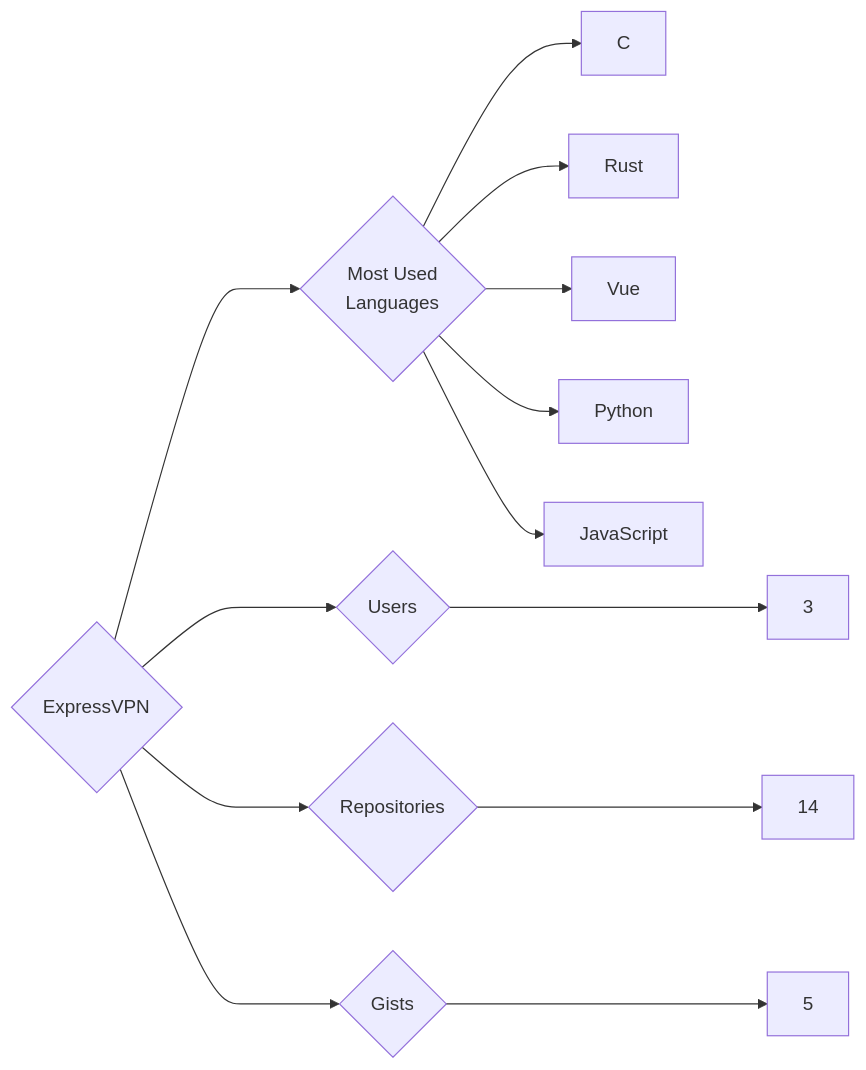
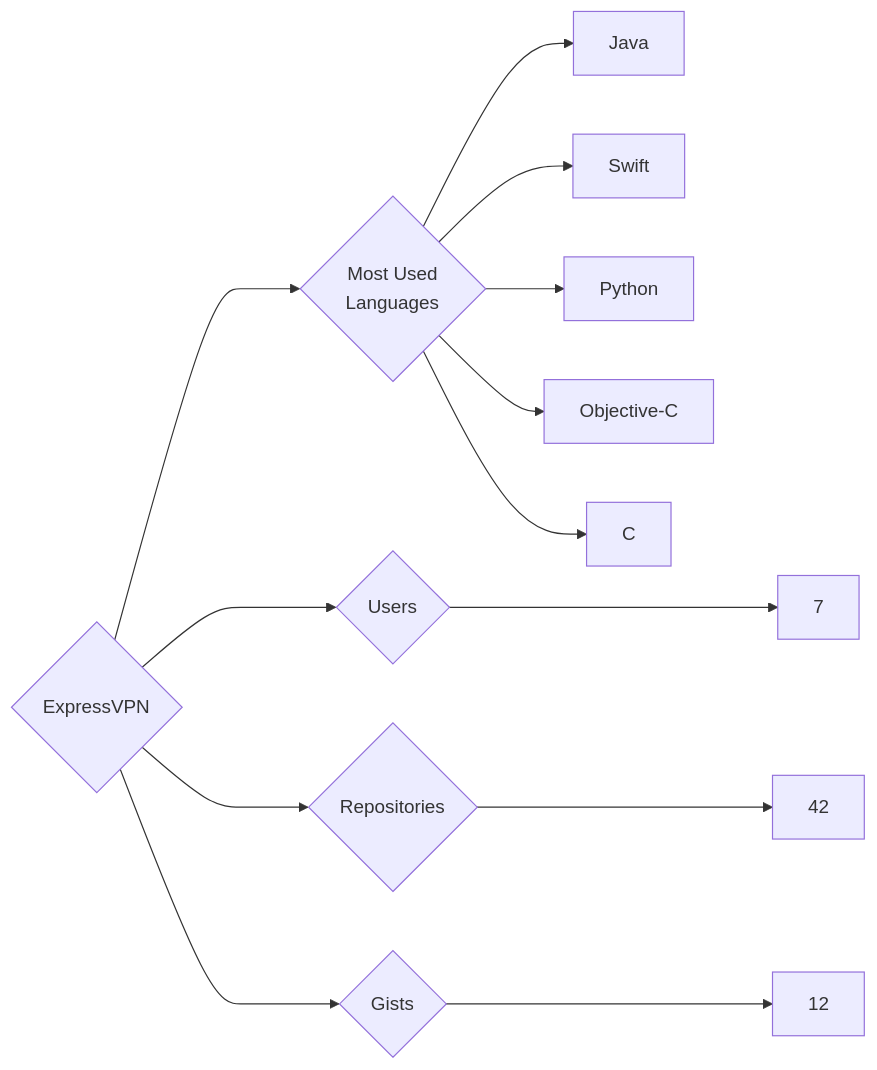
One commit to trickest/insiders changed the diagram in targets/ExpressVPN/README.md. Above: the diagram before and after it, drawn with Mermaid. The commit also changed 925 other files, not shown here.

````diff
--- a/targets/ExpressVPN/README.md
+++ b/targets/ExpressVPN/README.md
@@ -3,13 +3,13 @@
 ```mermaid
 graph LR
 COMPANY_NAME{ExpressVPN}
-COMPANY_NAME ---> U{Users} ---> UN[3]
-COMPANY_NAME ---> R{Repositories} ---> RN[14]
-COMPANY_NAME ---> G{Gists} ---> GN[5]
+COMPANY_NAME ---> U{Users} ---> UN[7]
+COMPANY_NAME ---> R{Repositories} ---> RN[42]
+COMPANY_NAME ---> G{Gists} ---> GN[12]
 COMPANY_NAME ---> ML{Most Used<br>Languages}
+ML --> Java[Java]
+ML --> Swift[Swift]
+ML --> Python[Python]
+ML --> Objective-C[Objective-C]
 ML --> C[C]
-ML --> Rust[Rust]
-ML --> Vue[Vue]
-ML --> Python[Python]
-ML --> JavaScript[JavaScript]
 ```
````
